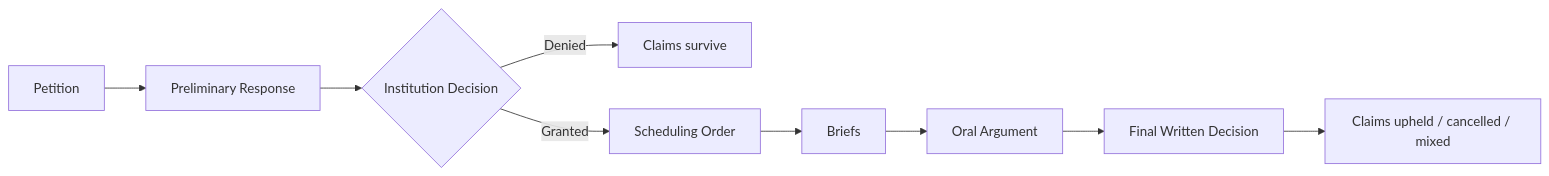
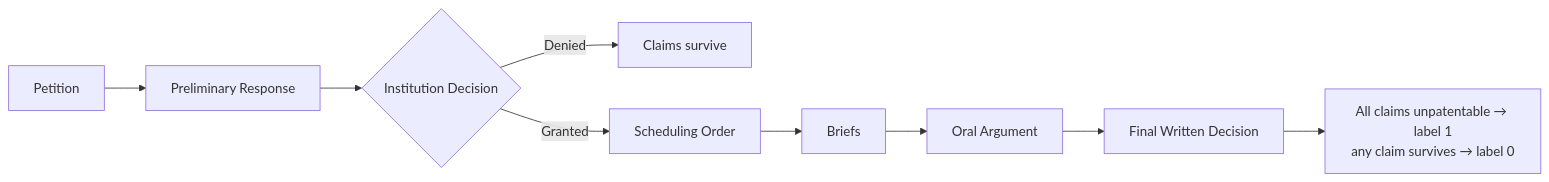
Before and after one commit to josemita87/ML-USPTO: the first of 3 diagrams in README.md, drawn with Mermaid. The commit also changed other lines of this file and 8 other files, not shown here.

````diff
--- a/README.md
+++ b/README.md
@@ -15,11 +15,11 @@
 ```mermaid
 flowchart LR
     A[Petition] --> B[Preliminary Response]
     B --> C{Institution Decision}
     C -->|Denied| X[Claims survive]
     C -->|Granted| D[Scheduling Order]
     D --> E[Briefs]
     E --> F[Oral Argument]
     F --> G[Final Written Decision]
-    G --> Y[Claims upheld / cancelled / mixed]
+    G --> Y[All claims unpatentable → label 1<br/>any claim survives → label 0]
 ```
````
